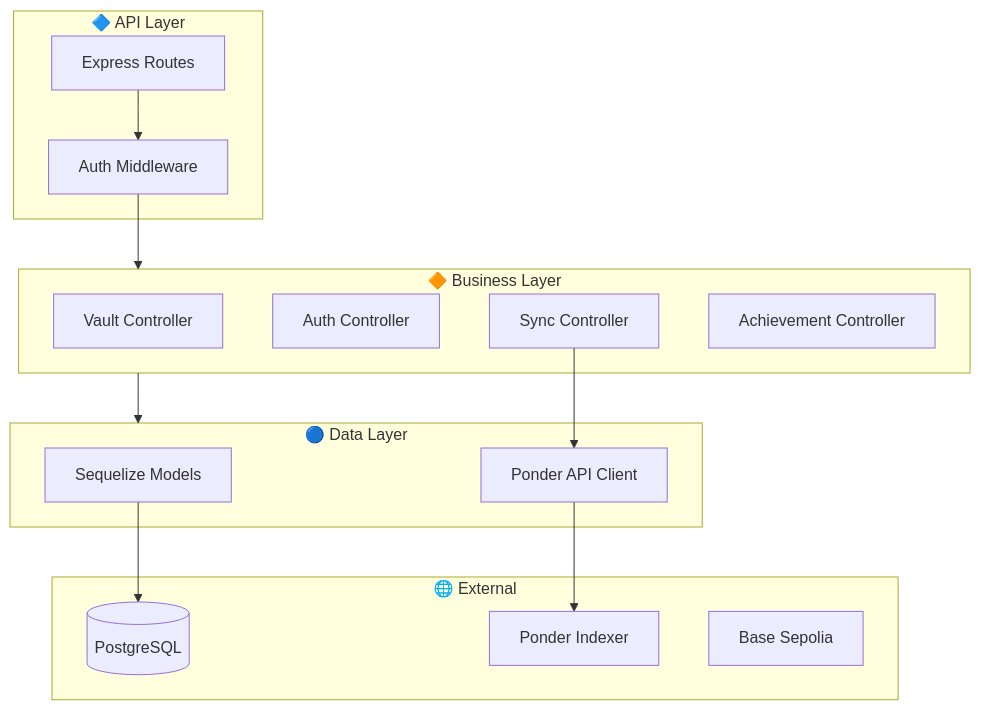
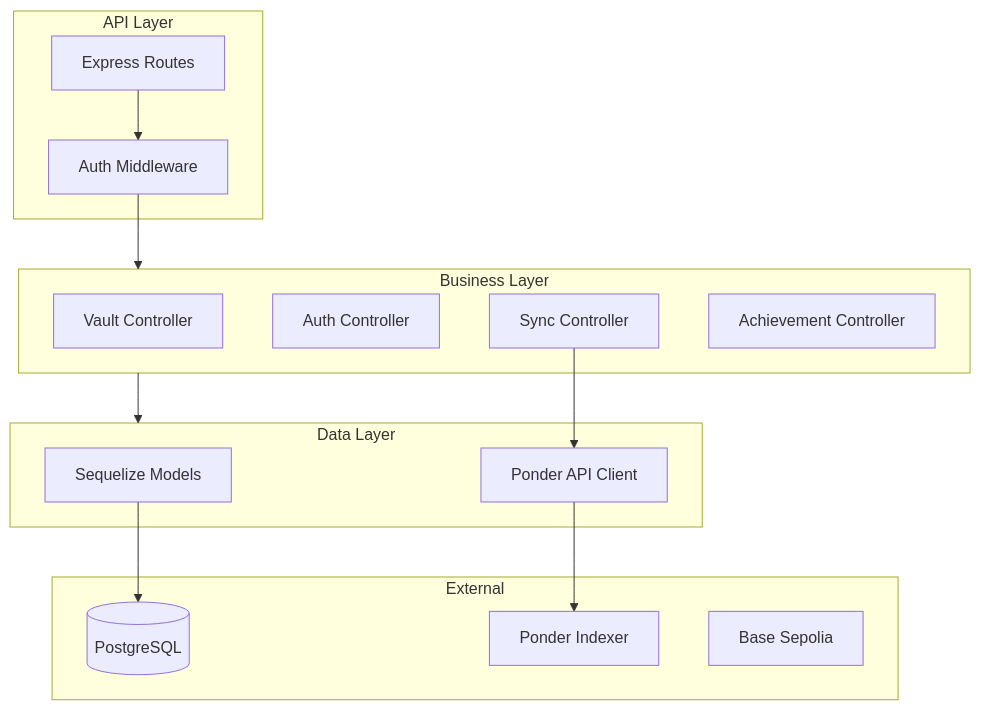
Before and after one commit to CrowdFUNding-Base/SC: the third of 8 diagrams in pitching/Architecture/2. System Architecture.md, drawn with Mermaid. The commit also changed other lines of this file and 12 other files, not shown here.

````diff
--- a/pitching/Architecture/2. System Architecture.md
+++ b/pitching/Architecture/2. System Architecture.md
@@ -111,32 +111,32 @@
 ```mermaid
 flowchart TB
-    subgraph API["🔷 API Layer"]
+    subgraph API["API Layer"]
         Routes["Express Routes"]
         Middleware["Auth Middleware"]
     end
 
-    subgraph Business["🔶 Business Layer"]
+    subgraph Business["Business Layer"]
         VaultController["Vault Controller"]
         AuthController["Auth Controller"]
         SyncController["Sync Controller"]
         AchievementController["Achievement Controller"]
     end
 
-    subgraph Data["🔵 Data Layer"]
+    subgraph Data["Data Layer"]
         Models["Sequelize Models"]
         PonderClient["Ponder API Client"]
     end
 
-    subgraph External["🌐 External"]
+    subgraph External["External"]
         PostgreSQL[(PostgreSQL)]
         Ponder["Ponder Indexer"]
         Blockchain["Base Sepolia"]
     end
 
     Routes --> Middleware
     Middleware --> Business
     Business --> Data
     Models --> PostgreSQL
     PonderClient --> Ponder
     SyncController --> PonderClient
 ```
````
